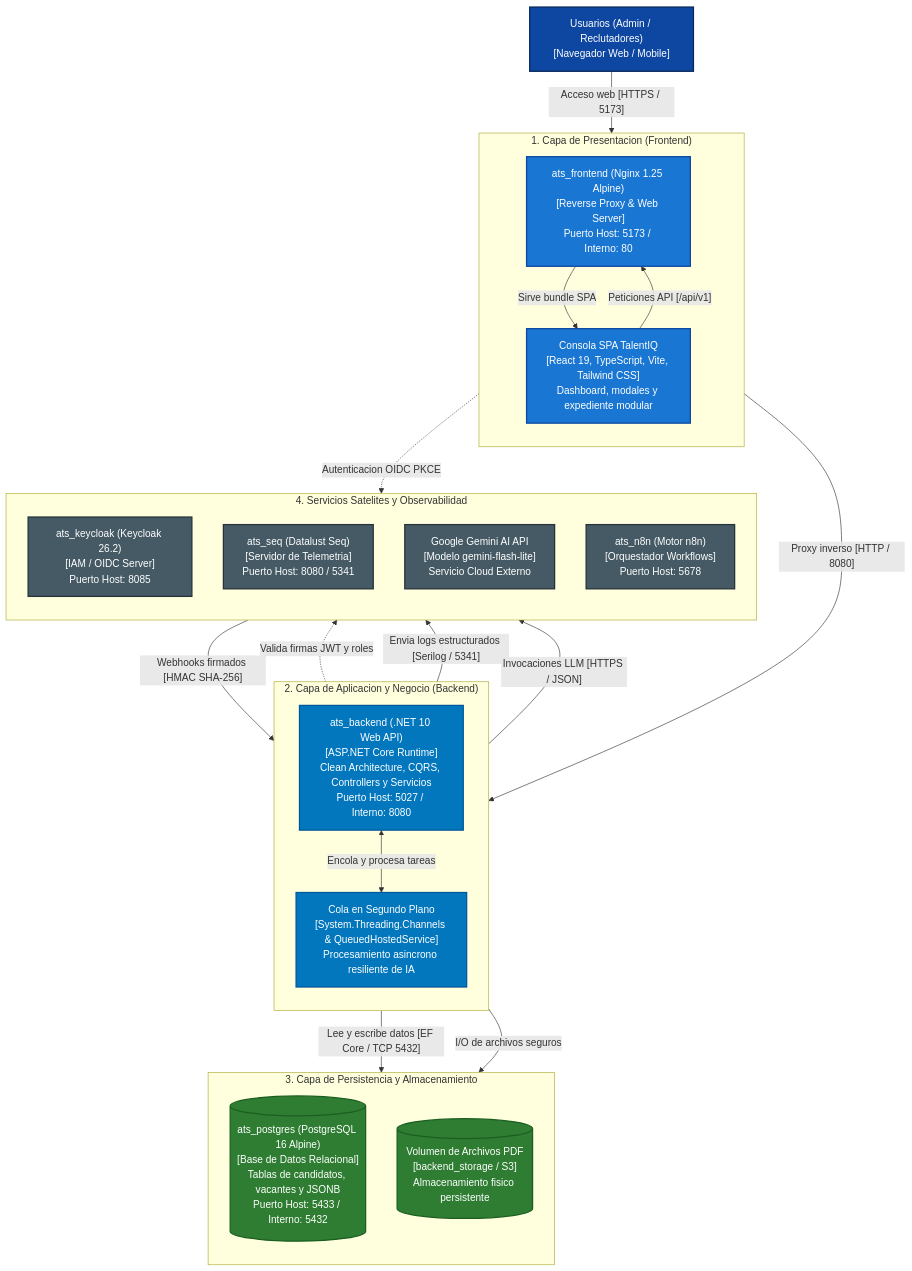
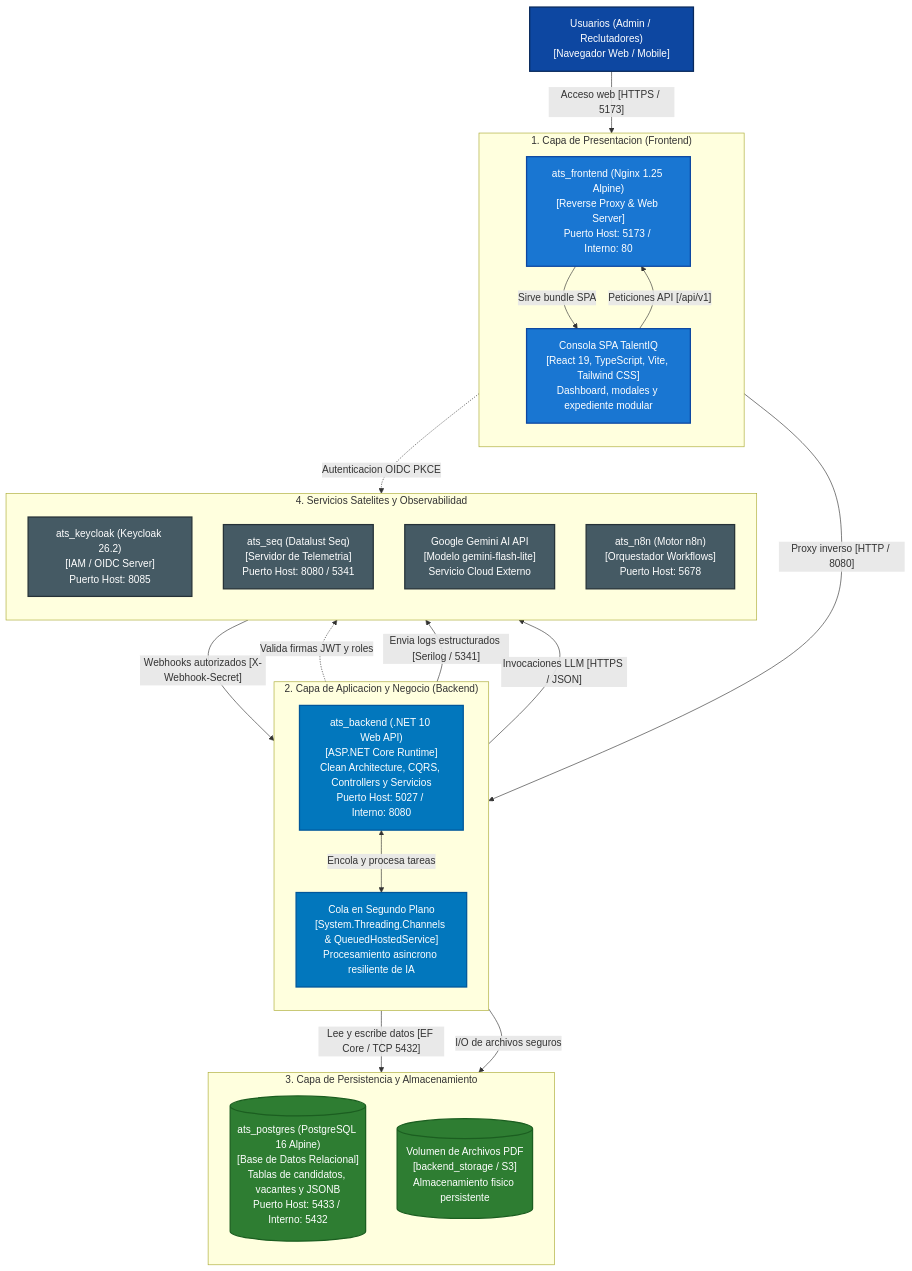
The second of 7 diagrams in docs/DOCUMENTACION_TECNICA.md (JspaNexo/azure-ats), drawn with Mermaid before and after one commit. The commit also changed other lines of this file and 2 other files, not shown here.

````diff
--- a/docs/DOCUMENTACION_TECNICA.md
+++ b/docs/DOCUMENTACION_TECNICA.md
@@ -150,50 +150,50 @@
 ```mermaid
 flowchart TD
     classDef client fill:#0d47a1,stroke:#08295c,color:#ffffff,stroke-width:2px;
     classDef web fill:#1976d2,stroke:#0d47a1,color:#ffffff,stroke-width:2px;
     classDef backend fill:#0277bd,stroke:#01579b,color:#ffffff,stroke-width:2px;
     classDef db fill:#2e7d32,stroke:#1b5e20,color:#ffffff,stroke-width:2px;
     classDef ext fill:#455a64,stroke:#263238,color:#ffffff,stroke-width:2px;
 
     User["Usuarios (Admin / Reclutadores)<br/>[Navegador Web / Mobile]"]:::client
 
     subgraph CapaPresentacion ["1. Capa de Presentacion (Frontend)"]
         direction TB
         Nginx["ats_frontend (Nginx 1.25 Alpine)<br/>[Reverse Proxy & Web Server]<br/>Puerto Host: 5173 / Interno: 80"]:::web
         ReactSPA["Consola SPA TalentIQ<br/>[React 19, TypeScript, Vite, Tailwind CSS]<br/>Dashboard, modales y expediente modular"]:::web
         Nginx -->|"Sirve bundle SPA"| ReactSPA
     end
 
     subgraph CapaBackend ["2. Capa de Aplicacion y Negocio (Backend)"]
         direction TB
         BackendAPI["ats_backend (.NET 10 Web API)<br/>[ASP.NET Core Runtime]<br/>Clean Architecture, CQRS, Controllers y Servicios<br/>Puerto Host: 5027 / Interno: 8080"]:::backend
         BgQueue["Cola en Segundo Plano<br/>[System.Threading.Channels & QueuedHostedService]<br/>Procesamiento asincrono resiliente de IA"]:::backend
         BackendAPI <-->|"Encola y procesa tareas"| BgQueue
     end
 
     subgraph CapaDatos ["3. Capa de Persistencia y Almacenamiento"]
         direction TB
         Postgres[("ats_postgres (PostgreSQL 16 Alpine)<br/>[Base de Datos Relacional]<br/>Tablas de candidatos, vacantes y JSONB<br/>Puerto Host: 5433 / Interno: 5432")]:::db
         StorageDisk[("Volumen de Archivos PDF<br/>[backend_storage / S3]<br/>Almacenamiento fisico persistente")]:::db
     end
 
     subgraph ServiciosCompartidos ["4. Servicios Satelites y Observabilidad"]
         direction TB
         Keycloak["ats_keycloak (Keycloak 26.2)<br/>[IAM / OIDC Server]<br/>Puerto Host: 8085"]:::ext
         Seq["ats_seq (Datalust Seq)<br/>[Servidor de Telemetria]<br/>Puerto Host: 8080 / 5341"]:::ext
         Gemini["Google Gemini AI API<br/>[Modelo gemini-flash-lite]<br/>Servicio Cloud Externo"]:::ext
         N8N["ats_n8n (Motor n8n)<br/>[Orquestador Workflows]<br/>Puerto Host: 5678"]:::ext
     end
 
     User -->|"Acceso web [HTTPS / 5173]"| Nginx
     ReactSPA -.->|"Autenticacion OIDC PKCE"| Keycloak
     ReactSPA -->|"Peticiones API [/api/v1]"| Nginx
     Nginx -->|"Proxy inverso [HTTP / 8080]"| BackendAPI
 
     BackendAPI -.->|"Valida firmas JWT y roles"| Keycloak
     BackendAPI -->|"Lee y escribe datos [EF Core / TCP 5432]"| Postgres
     BackendAPI -->|"I/O de archivos seguros"| StorageDisk
     BackendAPI -->|"Envia logs estructurados [Serilog / 5341]"| Seq
     BackendAPI -->|"Invocaciones LLM [HTTPS / JSON]"| Gemini
-    N8N -->|"Webhooks firmados [HMAC SHA-256]"| BackendAPI
+    N8N -->|"Webhooks autorizados [X-Webhook-Secret]"| BackendAPI
 ```
````
